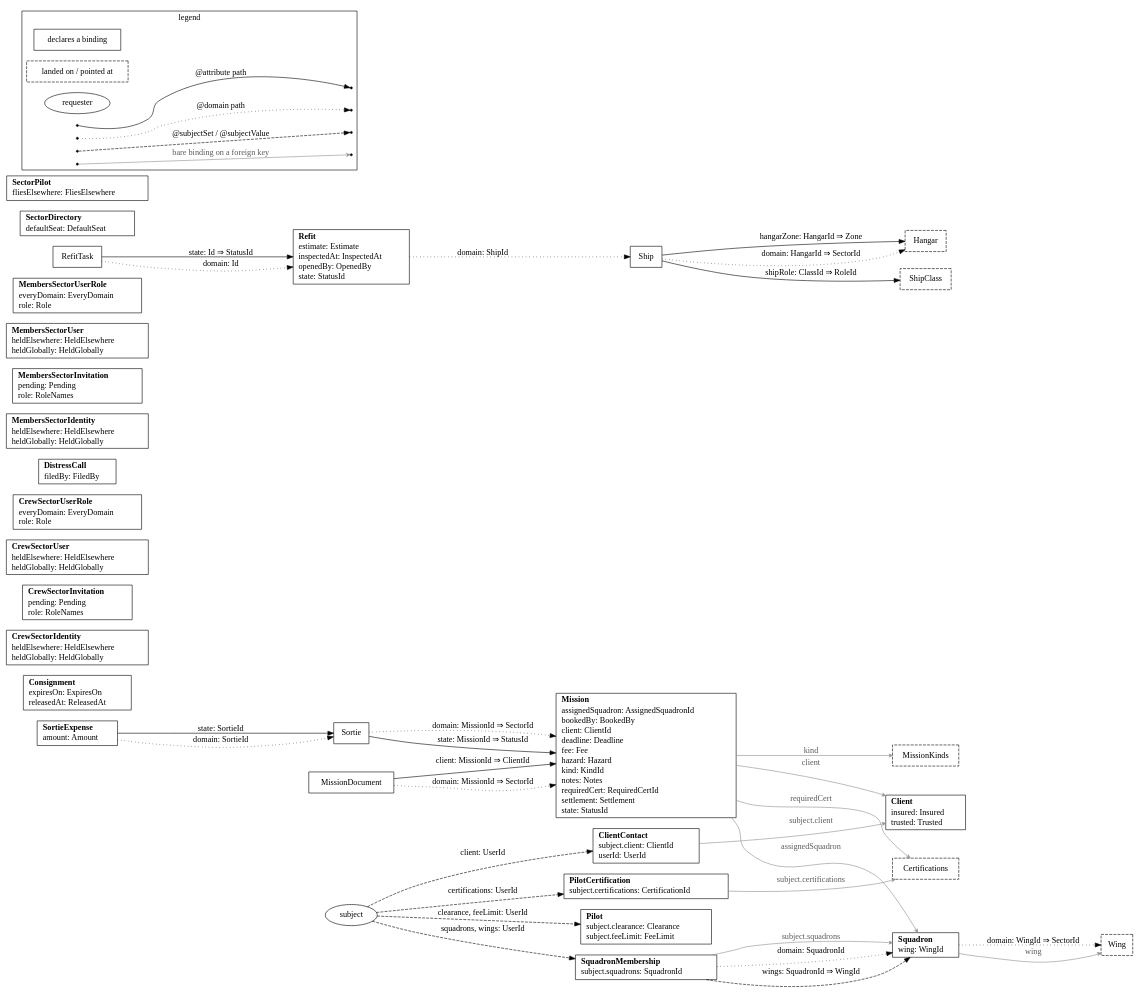
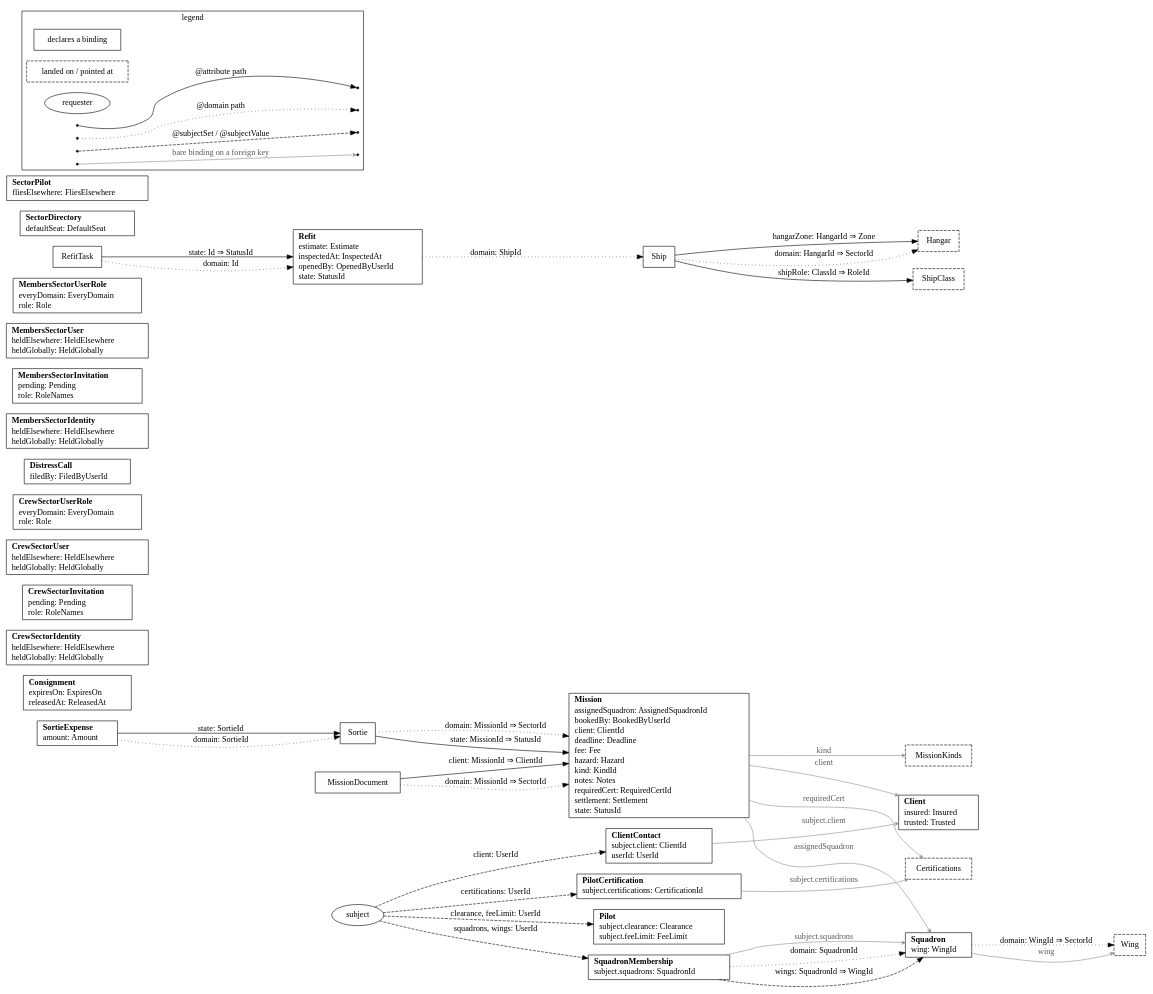
The diagram in lodestar/pkg/resources/zz_gen_bindings.dot (impulseframework/impulse), drawn with Graphviz before and after one commit. The commit also changed 817 other files, not shown here.

```diff
--- a/lodestar/pkg/resources/zz_gen_bindings.dot
+++ b/lodestar/pkg/resources/zz_gen_bindings.dot
@@ -1,90 +1,90 @@
 // Code generated by resourcegeneration. DO NOT EDIT.
 // Bindings: every attribute and subject binding this package declares. A box per
 // declaring resource lists its bare bindings as `name: column`; dashed boxes are
 // the tables a path lands on or a foreign key points at; the subject ellipse is
 // the requester, entering each anchor once with every name it yields there. One
 // edge per hop, drawn once however many paths share it: solid for @attribute,
 // dotted for @domain, dashed for a subject binding, labeled `name: column` on a
 // continuing hop and `name: column ⇒ column` where the path terminates; a thin
 // grey edge points a bare binding on a foreign key at its table. Facts only: no
 // grant or condition is drawn.
 digraph Bindings {
 	rankdir=LR;
 	node [shape=box];
 	"Client" [label=<<table border="0" cellborder="0" cellspacing="0" cellpadding="1"><tr><td align="left"><b>Client</b></td></tr><tr><td align="left">insured: Insured</td></tr><tr><td align="left">trusted: Trusted</td></tr></table>>];
 	"ClientContact" [label=<<table border="0" cellborder="0" cellspacing="0" cellpadding="1"><tr><td align="left"><b>ClientContact</b></td></tr><tr><td align="left">subject.client: ClientId</td></tr><tr><td align="left">userId: UserId</td></tr></table>>];
 	"Consignment" [label=<<table border="0" cellborder="0" cellspacing="0" cellpadding="1"><tr><td align="left"><b>Consignment</b></td></tr><tr><td align="left">expiresOn: ExpiresOn</td></tr><tr><td align="left">releasedAt: ReleasedAt</td></tr></table>>];
 	"CrewSectorIdentity" [label=<<table border="0" cellborder="0" cellspacing="0" cellpadding="1"><tr><td align="left"><b>CrewSectorIdentity</b></td></tr><tr><td align="left">heldElsewhere: HeldElsewhere</td></tr><tr><td align="left">heldGlobally: HeldGlobally</td></tr></table>>];
 	"CrewSectorInvitation" [label=<<table border="0" cellborder="0" cellspacing="0" cellpadding="1"><tr><td align="left"><b>CrewSectorInvitation</b></td></tr><tr><td align="left">pending: Pending</td></tr><tr><td align="left">role: RoleNames</td></tr></table>>];
 	"CrewSectorUser" [label=<<table border="0" cellborder="0" cellspacing="0" cellpadding="1"><tr><td align="left"><b>CrewSectorUser</b></td></tr><tr><td align="left">heldElsewhere: HeldElsewhere</td></tr><tr><td align="left">heldGlobally: HeldGlobally</td></tr></table>>];
 	"CrewSectorUserRole" [label=<<table border="0" cellborder="0" cellspacing="0" cellpadding="1"><tr><td align="left"><b>CrewSectorUserRole</b></td></tr><tr><td align="left">everyDomain: EveryDomain</td></tr><tr><td align="left">role: Role</td></tr></table>>];
-	"DistressCall" [label=<<table border="0" cellborder="0" cellspacing="0" cellpadding="1"><tr><td align="left"><b>DistressCall</b></td></tr><tr><td align="left">filedBy: FiledBy</td></tr></table>>];
+	"DistressCall" [label=<<table border="0" cellborder="0" cellspacing="0" cellpadding="1"><tr><td align="left"><b>DistressCall</b></td></tr><tr><td align="left">filedBy: FiledByUserId</td></tr></table>>];
 	"MembersSectorIdentity" [label=<<table border="0" cellborder="0" cellspacing="0" cellpadding="1"><tr><td align="left"><b>MembersSectorIdentity</b></td></tr><tr><td align="left">heldElsewhere: HeldElsewhere</td></tr><tr><td align="left">heldGlobally: HeldGlobally</td></tr></table>>];
 	"MembersSectorInvitation" [label=<<table border="0" cellborder="0" cellspacing="0" cellpadding="1"><tr><td align="left"><b>MembersSectorInvitation</b></td></tr><tr><td align="left">pending: Pending</td></tr><tr><td align="left">role: RoleNames</td></tr></table>>];
 	"MembersSectorUser" [label=<<table border="0" cellborder="0" cellspacing="0" cellpadding="1"><tr><td align="left"><b>MembersSectorUser</b></td></tr><tr><td align="left">heldElsewhere: HeldElsewhere</td></tr><tr><td align="left">heldGlobally: HeldGlobally</td></tr></table>>];
 	"MembersSectorUserRole" [label=<<table border="0" cellborder="0" cellspacing="0" cellpadding="1"><tr><td align="left"><b>MembersSectorUserRole</b></td></tr><tr><td align="left">everyDomain: EveryDomain</td></tr><tr><td align="left">role: Role</td></tr></table>>];
-	"Mission" [label=<<table border="0" cellborder="0" cellspacing="0" cellpadding="1"><tr><td align="left"><b>Mission</b></td></tr><tr><td align="left">assignedSquadron: AssignedSquadronId</td></tr><tr><td align="left">bookedBy: BookedBy</td></tr><tr><td align="left">client: ClientId</td></tr><tr><td align="left">deadline: Deadline</td></tr><tr><td align="left">fee: Fee</td></tr><tr><td align="left">hazard: Hazard</td></tr><tr><td align="left">kind: KindId</td></tr><tr><td align="left">notes: Notes</td></tr><tr><td align="left">requiredCert: RequiredCertId</td></tr><tr><td align="left">settlement: Settlement</td></tr><tr><td align="left">state: StatusId</td></tr></table>>];
+	"Mission" [label=<<table border="0" cellborder="0" cellspacing="0" cellpadding="1"><tr><td align="left"><b>Mission</b></td></tr><tr><td align="left">assignedSquadron: AssignedSquadronId</td></tr><tr><td align="left">bookedBy: BookedByUserId</td></tr><tr><td align="left">client: ClientId</td></tr><tr><td align="left">deadline: Deadline</td></tr><tr><td align="left">fee: Fee</td></tr><tr><td align="left">hazard: Hazard</td></tr><tr><td align="left">kind: KindId</td></tr><tr><td align="left">notes: Notes</td></tr><tr><td align="left">requiredCert: RequiredCertId</td></tr><tr><td align="left">settlement: Settlement</td></tr><tr><td align="left">state: StatusId</td></tr></table>>];
 	"MissionDocument";
 	"Pilot" [label=<<table border="0" cellborder="0" cellspacing="0" cellpadding="1"><tr><td align="left"><b>Pilot</b></td></tr><tr><td align="left">subject.clearance: Clearance</td></tr><tr><td align="left">subject.feeLimit: FeeLimit</td></tr></table>>];
 	"PilotCertification" [label=<<table border="0" cellborder="0" cellspacing="0" cellpadding="1"><tr><td align="left"><b>PilotCertification</b></td></tr><tr><td align="left">subject.certifications: CertificationId</td></tr></table>>];
-	"Refit" [label=<<table border="0" cellborder="0" cellspacing="0" cellpadding="1"><tr><td align="left"><b>Refit</b></td></tr><tr><td align="left">estimate: Estimate</td></tr><tr><td align="left">inspectedAt: InspectedAt</td></tr><tr><td align="left">openedBy: OpenedBy</td></tr><tr><td align="left">state: StatusId</td></tr></table>>];
+	"Refit" [label=<<table border="0" cellborder="0" cellspacing="0" cellpadding="1"><tr><td align="left"><b>Refit</b></td></tr><tr><td align="left">estimate: Estimate</td></tr><tr><td align="left">inspectedAt: InspectedAt</td></tr><tr><td align="left">openedBy: OpenedByUserId</td></tr><tr><td align="left">state: StatusId</td></tr></table>>];
 	"RefitTask";
 	"SectorDirectory" [label=<<table border="0" cellborder="0" cellspacing="0" cellpadding="1"><tr><td align="left"><b>SectorDirectory</b></td></tr><tr><td align="left">defaultSeat: DefaultSeat</td></tr></table>>];
 	"SectorPilot" [label=<<table border="0" cellborder="0" cellspacing="0" cellpadding="1"><tr><td align="left"><b>SectorPilot</b></td></tr><tr><td align="left">fliesElsewhere: FliesElsewhere</td></tr></table>>];
 	"Ship";
 	"Sortie";
 	"SortieExpense" [label=<<table border="0" cellborder="0" cellspacing="0" cellpadding="1"><tr><td align="left"><b>SortieExpense</b></td></tr><tr><td align="left">amount: Amount</td></tr></table>>];
 	"Squadron" [label=<<table border="0" cellborder="0" cellspacing="0" cellpadding="1"><tr><td align="left"><b>Squadron</b></td></tr><tr><td align="left">wing: WingId</td></tr></table>>];
 	"SquadronMembership" [label=<<table border="0" cellborder="0" cellspacing="0" cellpadding="1"><tr><td align="left"><b>SquadronMembership</b></td></tr><tr><td align="left">subject.squadrons: SquadronId</td></tr></table>>];
 	"Certifications" [style=dashed];
 	"Hangar" [style=dashed];
 	"MissionKinds" [style=dashed];
 	"ShipClass" [style=dashed];
 	"Wing" [style=dashed];
 	"subject" [shape=ellipse];
 	"MissionDocument" -> "Mission" [label="client: MissionId ⇒ ClientId"];
 	"RefitTask" -> "Refit" [label="state: Id ⇒ StatusId"];
 	"Ship" -> "Hangar" [label="hangarZone: HangarId ⇒ Zone"];
 	"Ship" -> "ShipClass" [label="shipRole: ClassId ⇒ RoleId"];
 	"Sortie" -> "Mission" [label="state: MissionId ⇒ StatusId"];
 	"SortieExpense" -> "Sortie" [label="state: SortieId"];
 	"MissionDocument" -> "Mission" [style=dotted, label="domain: MissionId ⇒ SectorId"];
 	"Refit" -> "Ship" [style=dotted, label="domain: ShipId"];
 	"RefitTask" -> "Refit" [style=dotted, label="domain: Id"];
 	"Ship" -> "Hangar" [style=dotted, label="domain: HangarId ⇒ SectorId"];
 	"Sortie" -> "Mission" [style=dotted, label="domain: MissionId ⇒ SectorId"];
 	"SortieExpense" -> "Sortie" [style=dotted, label="domain: SortieId"];
 	"Squadron" -> "Wing" [style=dotted, label="domain: WingId ⇒ SectorId"];
 	"SquadronMembership" -> "Squadron" [style=dotted, label="domain: SquadronId"];
 	"SquadronMembership" -> "Squadron" [style=dashed, label="wings: SquadronId ⇒ WingId"];
 	"subject" -> "ClientContact" [style=dashed, label="client: UserId"];
 	"subject" -> "Pilot" [style=dashed, label="clearance, feeLimit: UserId"];
 	"subject" -> "PilotCertification" [style=dashed, label="certifications: UserId"];
 	"subject" -> "SquadronMembership" [style=dashed, label="squadrons, wings: UserId"];
 	"ClientContact" -> "Client" [color=gray55, fontcolor=gray35, arrowhead=vee, arrowsize=0.6, label="subject.client"];
 	"Mission" -> "Certifications" [color=gray55, fontcolor=gray35, arrowhead=vee, arrowsize=0.6, label="requiredCert"];
 	"Mission" -> "Client" [color=gray55, fontcolor=gray35, arrowhead=vee, arrowsize=0.6, label="client"];
 	"Mission" -> "MissionKinds" [color=gray55, fontcolor=gray35, arrowhead=vee, arrowsize=0.6, label="kind"];
 	"Mission" -> "Squadron" [color=gray55, fontcolor=gray35, arrowhead=vee, arrowsize=0.6, label="assignedSquadron"];
 	"PilotCertification" -> "Certifications" [color=gray55, fontcolor=gray35, arrowhead=vee, arrowsize=0.6, label="subject.certifications"];
 	"Squadron" -> "Wing" [color=gray55, fontcolor=gray35, arrowhead=vee, arrowsize=0.6, label="wing"];
 	"SquadronMembership" -> "Squadron" [color=gray55, fontcolor=gray35, arrowhead=vee, arrowsize=0.6, label="subject.squadrons"];
 	subgraph cluster_legend {
 		label="legend";
 		"declares a binding" [shape=box];
 		"landed on / pointed at" [shape=box, style=dashed];
 		"requester" [shape=ellipse];
 		"legend:attribute" [shape=point];
 		"legend:attribute:to" [shape=point];
 		"legend:domain" [shape=point];
 		"legend:domain:to" [shape=point];
 		"legend:subject" [shape=point];
 		"legend:subject:to" [shape=point];
 		"legend:reference" [shape=point];
 		"legend:reference:to" [shape=point];
 		"legend:attribute" -> "legend:attribute:to" [label="@attribute path"];
 		"legend:domain" -> "legend:domain:to" [style=dotted, label="@domain path"];
 		"legend:subject" -> "legend:subject:to" [style=dashed, label="@subjectSet / @subjectValue"];
 		"legend:reference" -> "legend:reference:to" [color=gray55, fontcolor=gray35, arrowhead=vee, arrowsize=0.6, label="bare binding on a foreign key"];
 	}
 }
```
